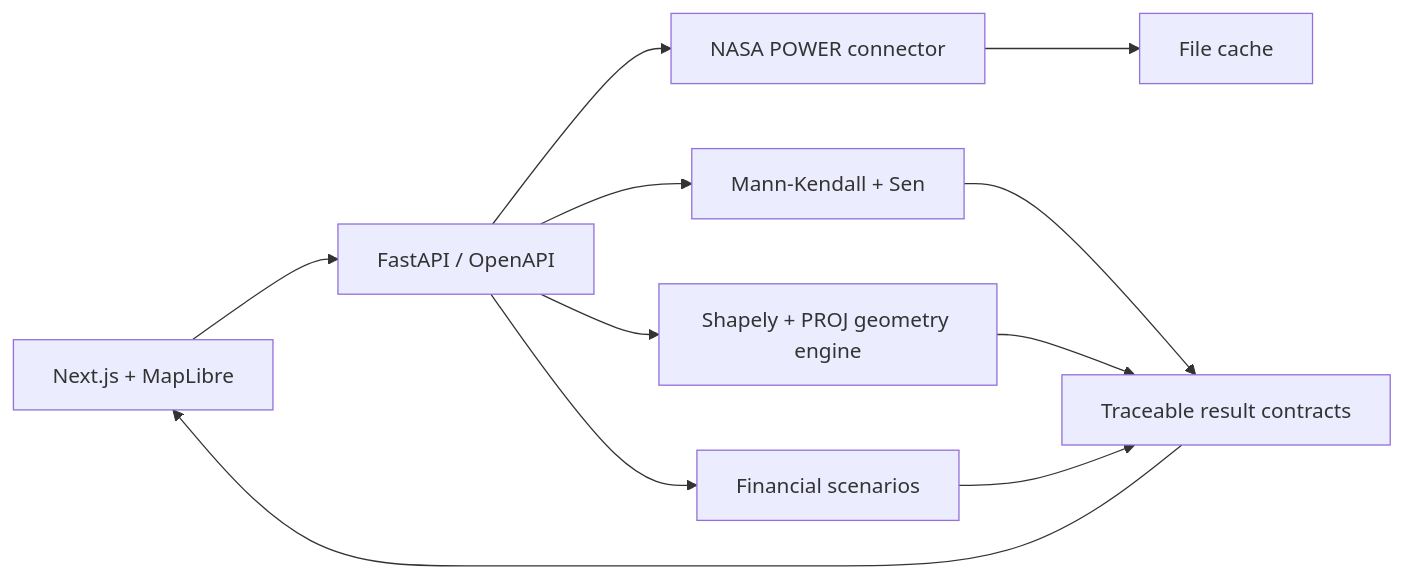
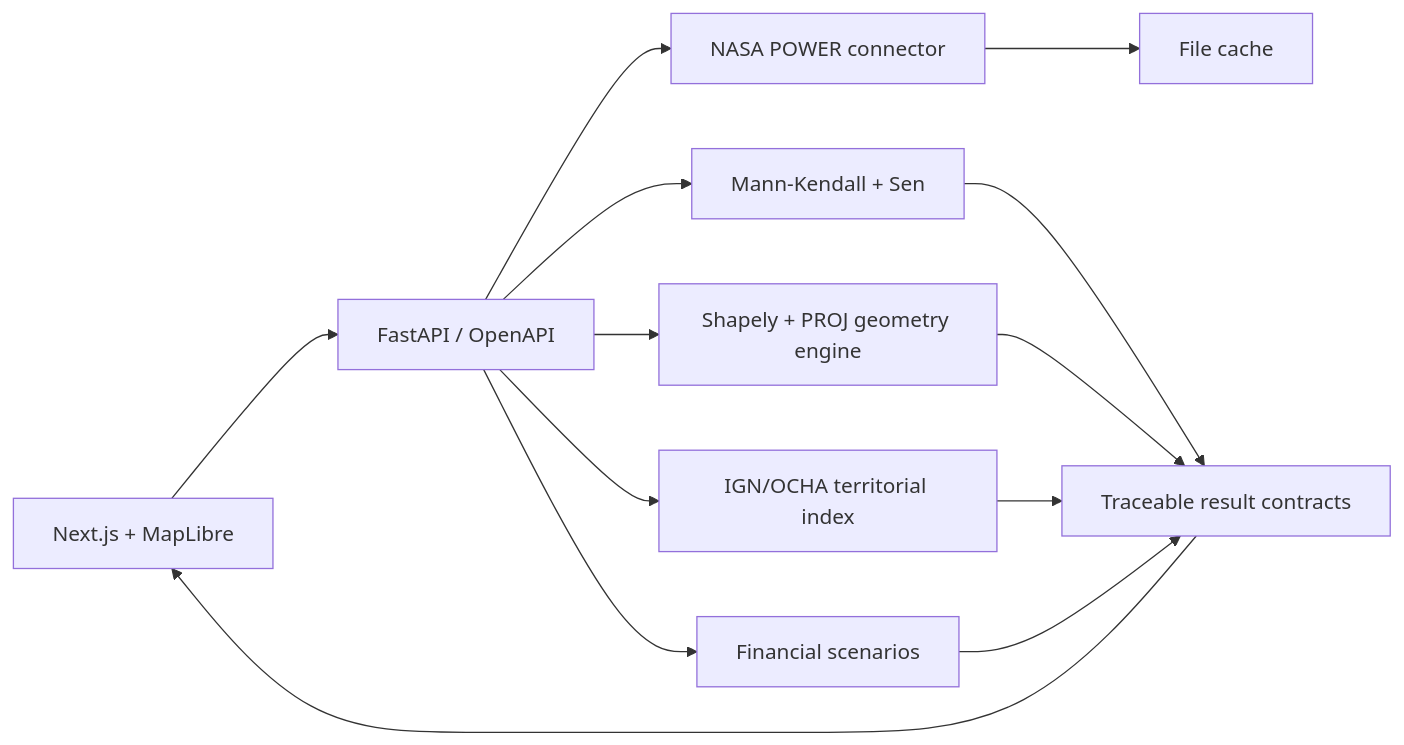
Before and after one commit to AndresVZ23/los-causas-espaciales: the diagram in docs/nasa-submission/TECHNICAL_ARCHITECTURE.md, drawn with Mermaid. The commit also changed other lines of this file and 17 other files, not shown here.

````diff
--- a/docs/nasa-submission/TECHNICAL_ARCHITECTURE.md
+++ b/docs/nasa-submission/TECHNICAL_ARCHITECTURE.md
@@ -3,13 +3,15 @@
 ```mermaid
 flowchart LR
   UI[Next.js + MapLibre] --> API[FastAPI / OpenAPI]
   API --> POWER[NASA POWER connector]
   POWER --> CACHE[File cache]
   API --> STATS[Mann-Kendall + Sen]
   API --> GEO[Shapely + PROJ geometry engine]
+  API --> TERR[IGN/OCHA territorial index]
   API --> FIN[Financial scenarios]
   STATS --> CONTRACT[Traceable result contracts]
   GEO --> CONTRACT
+  TERR --> CONTRACT
   FIN --> CONTRACT
   CONTRACT --> UI
 ```
````
